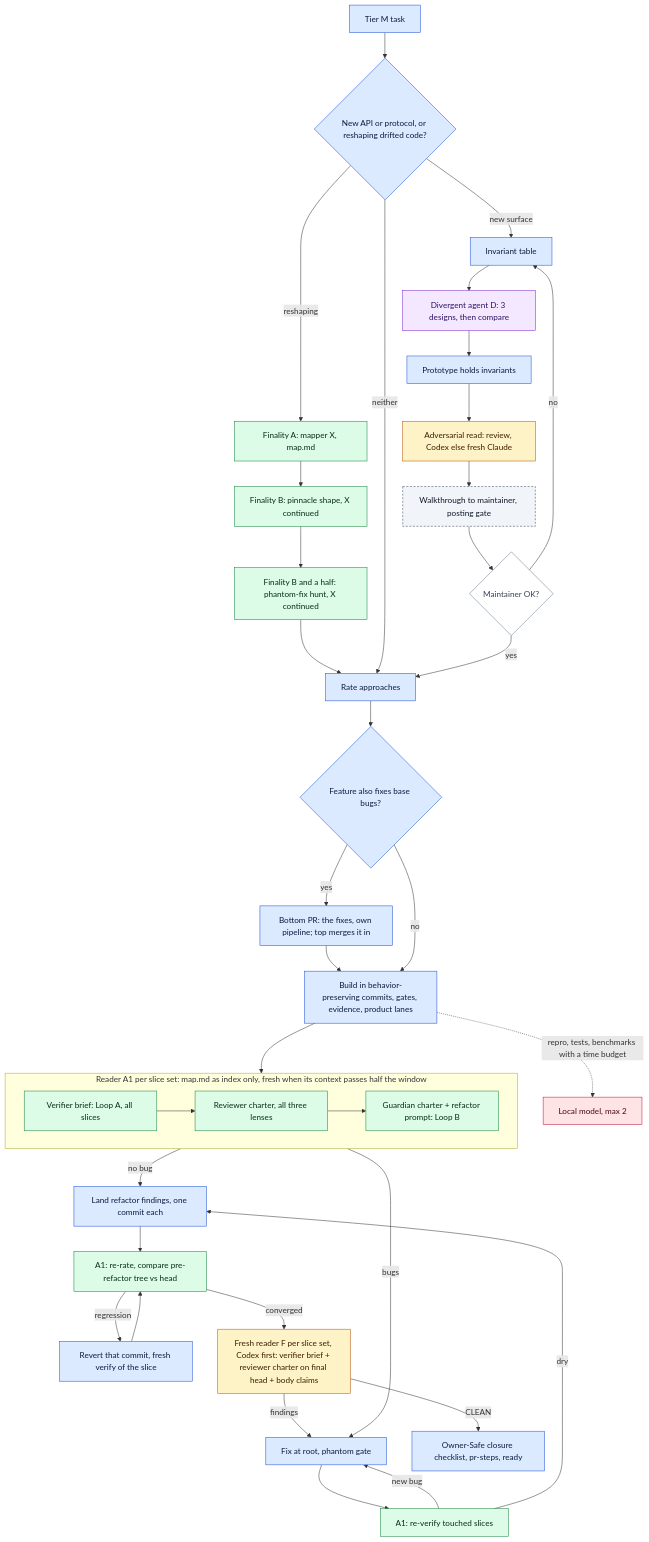
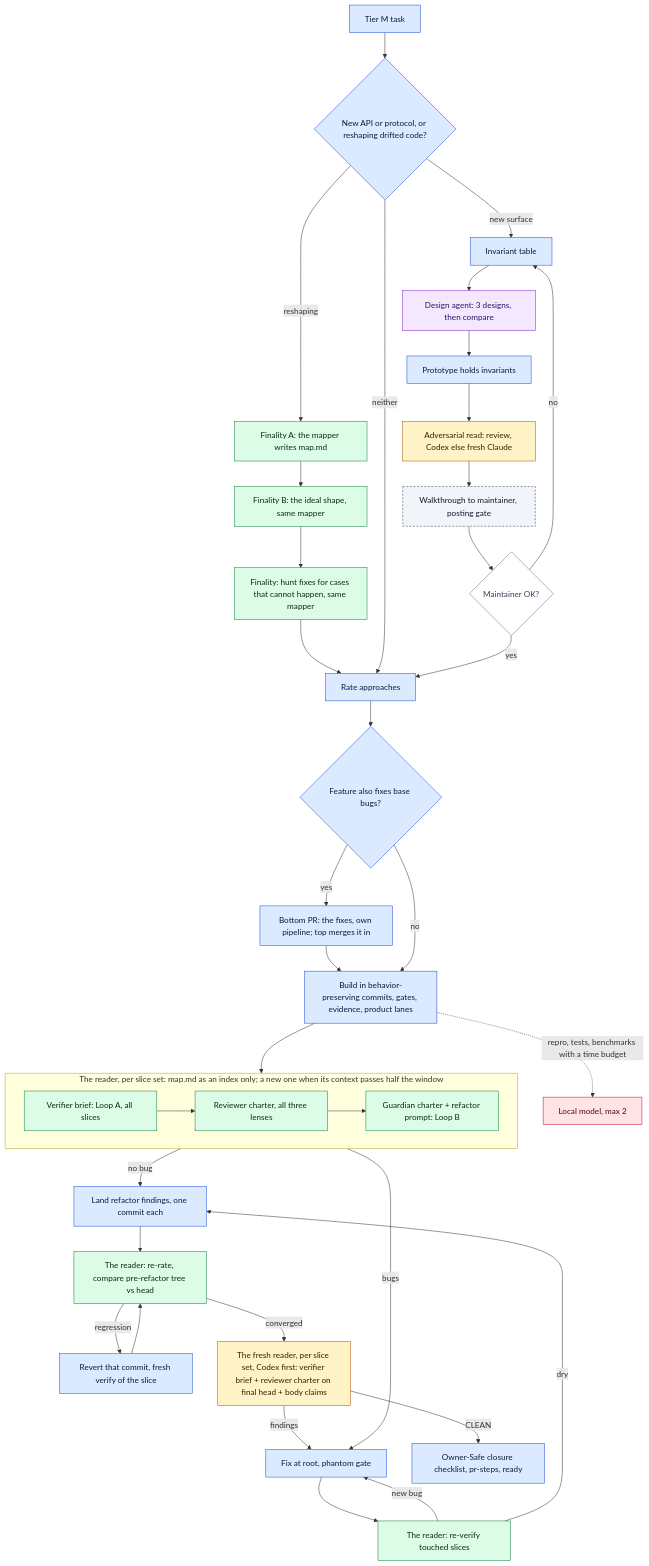
The diagram in docs/graphs/2-pipeline-M.mmd (nitedani/mergeworthy), drawn with Mermaid before and after one commit. The commit also changed 20 other files, not shown here.

```diff
--- a/docs/graphs/2-pipeline-M.mmd
+++ b/docs/graphs/2-pipeline-M.mmd
@@ -1,30 +1,30 @@
 flowchart TB
   T[Tier M task]:::main --> Q{New API or protocol, or reshaping drifted code?}:::main
-  Q -->|new surface| DL1[Invariant table]:::main --> DD[Divergent agent D: 3 designs, then compare]:::diverge --> PROTO[Prototype holds invariants]:::main --> ADV[Adversarial read: review, Codex else fresh Claude]:::fresh --> WALK[Walkthrough to maintainer, posting gate]:::gate --> OK{Maintainer OK?}:::ext
-  Q -->|reshaping| MAP[Finality A: mapper X, map.md]:::reader --> IMG[Finality B: pinnacle shape, X continued]:::reader --> PH[Finality B and a half: phantom-fix hunt, X continued]:::reader --> RATE
+  Q -->|new surface| DL1[Invariant table]:::main --> DD[Design agent: 3 designs, then compare]:::diverge --> PROTO[Prototype holds invariants]:::main --> ADV[Adversarial read: review, Codex else fresh Claude]:::fresh --> WALK[Walkthrough to maintainer, posting gate]:::gate --> OK{Maintainer OK?}:::ext
+  Q -->|reshaping| MAP[Finality A: the mapper writes map.md]:::reader --> IMG[Finality B: the ideal shape, same mapper]:::reader --> PH[Finality: hunt fixes for cases that cannot happen, same mapper]:::reader --> RATE
   Q -->|neither| RATE[Rate approaches]:::main
   OK -->|yes| RATE
   OK -->|no| DL1
   RATE --> STK{Feature also fixes base bugs?}:::main
   STK -->|yes| BOT[Bottom PR: the fixes, own pipeline; top merges it in]:::main --> BUILD
   STK -->|no| BUILD[Build in behavior-preserving commits, gates, evidence, product lanes]:::main
   BUILD -.->|repro, tests, benchmarks with a time budget| LX[Local model, max 2]:::local
   BUILD --> A1
-  subgraph A1[Reader A1 per slice set: map.md as index only, fresh when its context passes half the window]
+  subgraph A1[The reader, per slice set: map.md as an index only; a new one when its context passes half the window]
     V[Verifier brief: Loop A, all slices]:::reader --> RV[Reviewer charter, all three lenses]:::reader --> GR[Guardian charter + refactor prompt: Loop B]:::reader
   end
   A1 -->|no bug| IMPL
-  A1 -->|bugs| FIXB[Fix at root, phantom gate]:::main --> A1B[A1: re-verify touched slices]:::reader
+  A1 -->|bugs| FIXB[Fix at root, phantom gate]:::main --> A1B[The reader: re-verify touched slices]:::reader
   A1B -->|new bug| FIXB
-  A1B -->|dry| IMPL[Land refactor findings, one commit each]:::main --> A1C[A1: re-rate, compare pre-refactor tree vs head]:::reader
+  A1B -->|dry| IMPL[Land refactor findings, one commit each]:::main --> A1C[The reader: re-rate, compare pre-refactor tree vs head]:::reader
   A1C -->|regression| REV[Revert that commit, fresh verify of the slice]:::main --> A1C
-  A1C -->|converged| FR[Fresh reader F per slice set, Codex first: verifier brief + reviewer charter on final head + body claims]:::fresh
+  A1C -->|converged| FR[The fresh reader, per slice set, Codex first: verifier brief + reviewer charter on final head + body claims]:::fresh
   FR -->|findings| FIXB
   FR -->|CLEAN| CLOSE[Owner-Safe closure checklist, pr-steps, ready]:::main
   classDef main fill:#dbeafe,stroke:#1d4ed8,color:#0b1b3f
   classDef reader fill:#dcfce7,stroke:#15803d,color:#052e16
   classDef fresh fill:#fef3c7,stroke:#b45309,color:#3b1d02
   classDef diverge fill:#f3e8ff,stroke:#7e22ce,color:#2e1065
   classDef local fill:#ffe4e6,stroke:#be123c,color:#4c0519
   classDef gate fill:#f1f5f9,stroke:#334155,color:#0f172a,stroke-dasharray:4 3
   classDef ext fill:#ffffff,stroke:#64748b,color:#334155
```
